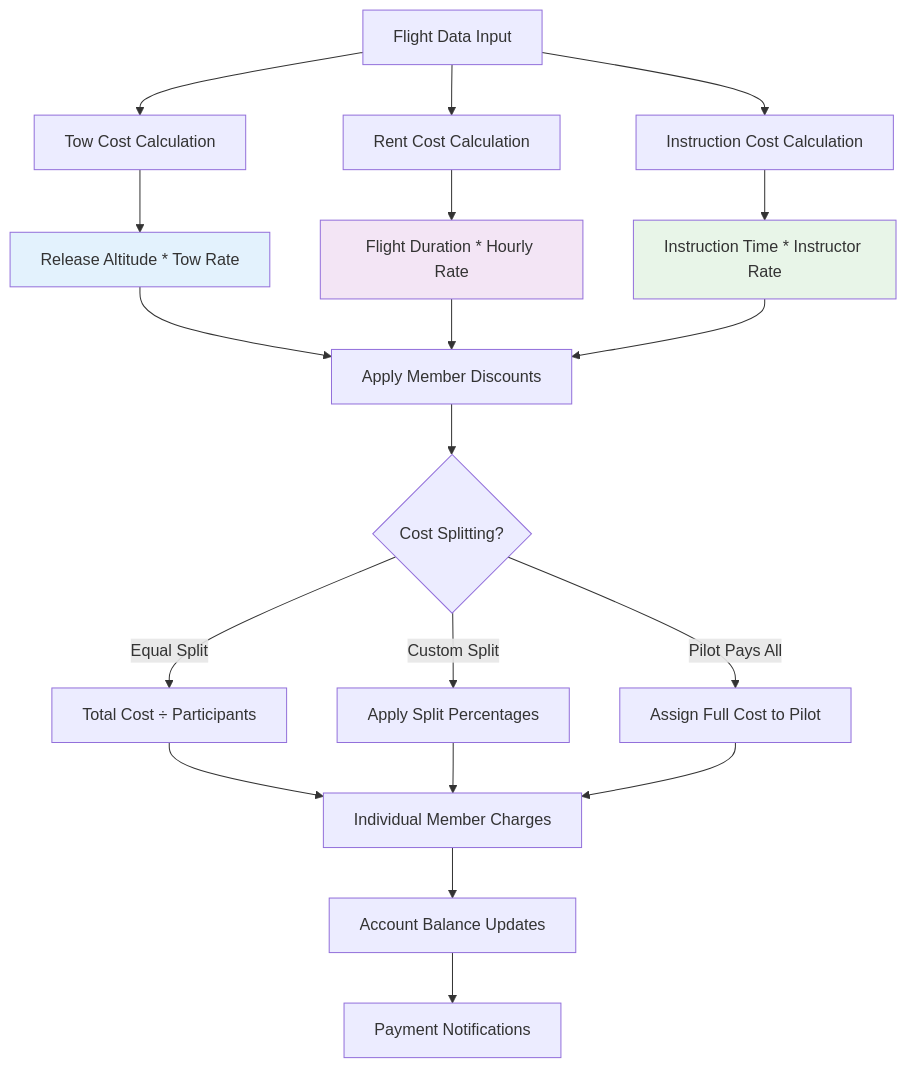
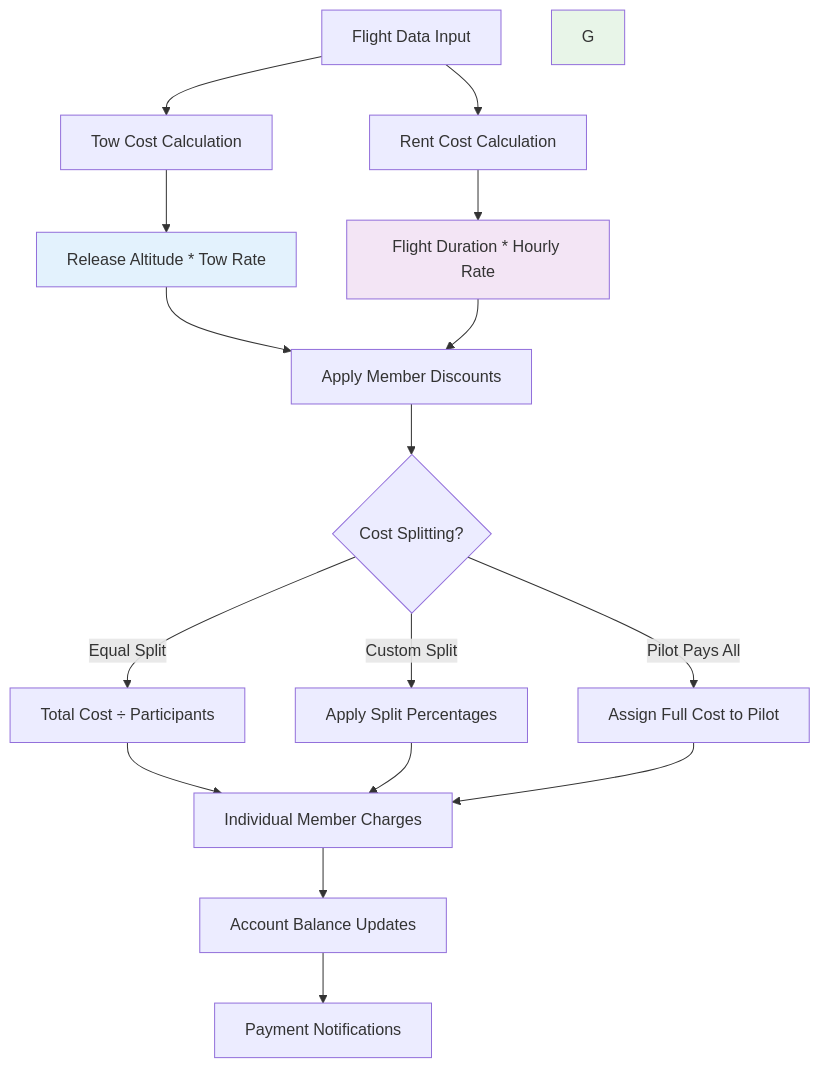
One commit to pietbarber/Manage2Soar changed the third of 11 diagrams in docs/workflows/07-payment-workflow.md. Above: the diagram before and after it, drawn with Mermaid. The commit also changed other lines of this file and 2 other files, not shown here.

Commit message:
removed fibs about charging for instructon (ground and flight). Removed one ERD entry.

````diff
--- a/docs/workflows/07-payment-workflow.md
+++ b/docs/workflows/07-payment-workflow.md
@@ -114,30 +111,27 @@
 ```mermaid
 flowchart TD
     A[Flight Data Input] --> B[Tow Cost Calculation]
     A --> C[Rent Cost Calculation]
-    A --> D[Instruction Cost Calculation]
     
     B --> E[Release Altitude * Tow Rate]
     C --> F[Flight Duration * Hourly Rate]
-    D --> G[Instruction Time * Instructor Rate]
     
     E --> H[Apply Member Discounts]
     F --> H
-    G --> H
     
     H --> I{Cost Splitting?}
     I -->|Equal Split| J[Total Cost ÷ Participants]
     I -->|Custom Split| K[Apply Split Percentages]
     I -->|Pilot Pays All| L[Assign Full Cost to Pilot]
     
     J --> M[Individual Member Charges]
     K --> M
     L --> M
     
     M --> N[Account Balance Updates]
     N --> O[Payment Notifications]
     
     style E fill:#e3f2fd
     style F fill:#f3e5f5
     style G fill:#e8f5e8
 ```
````
